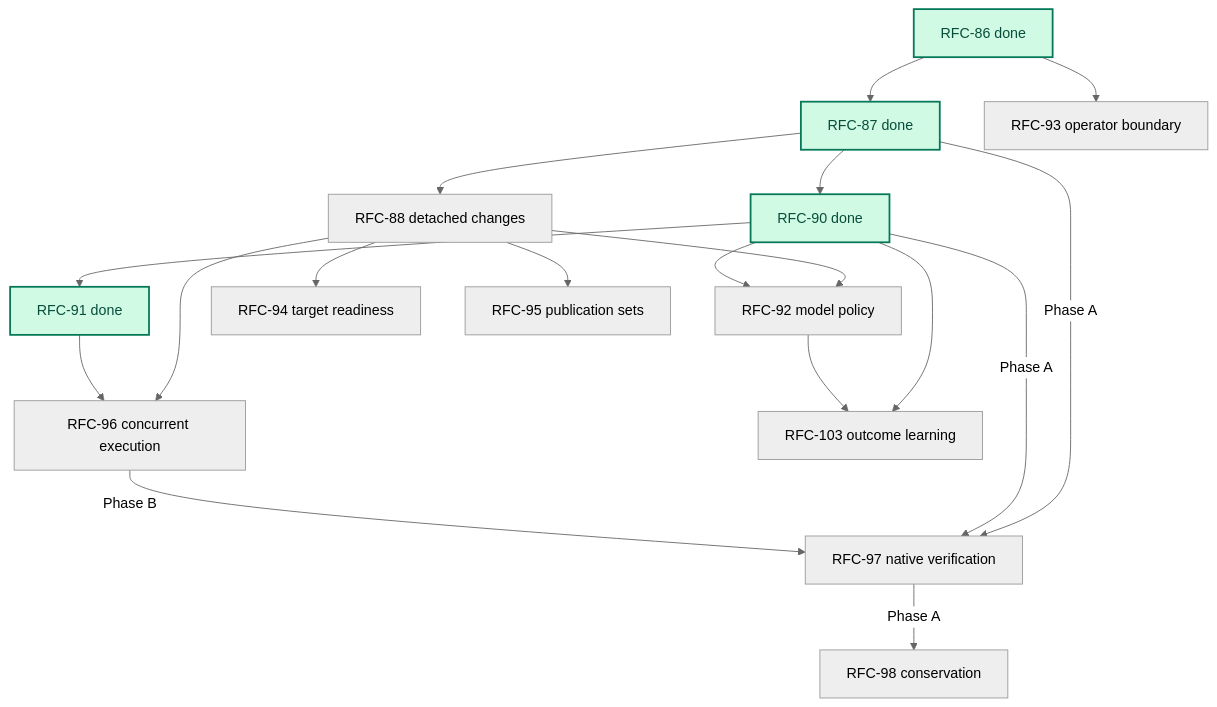
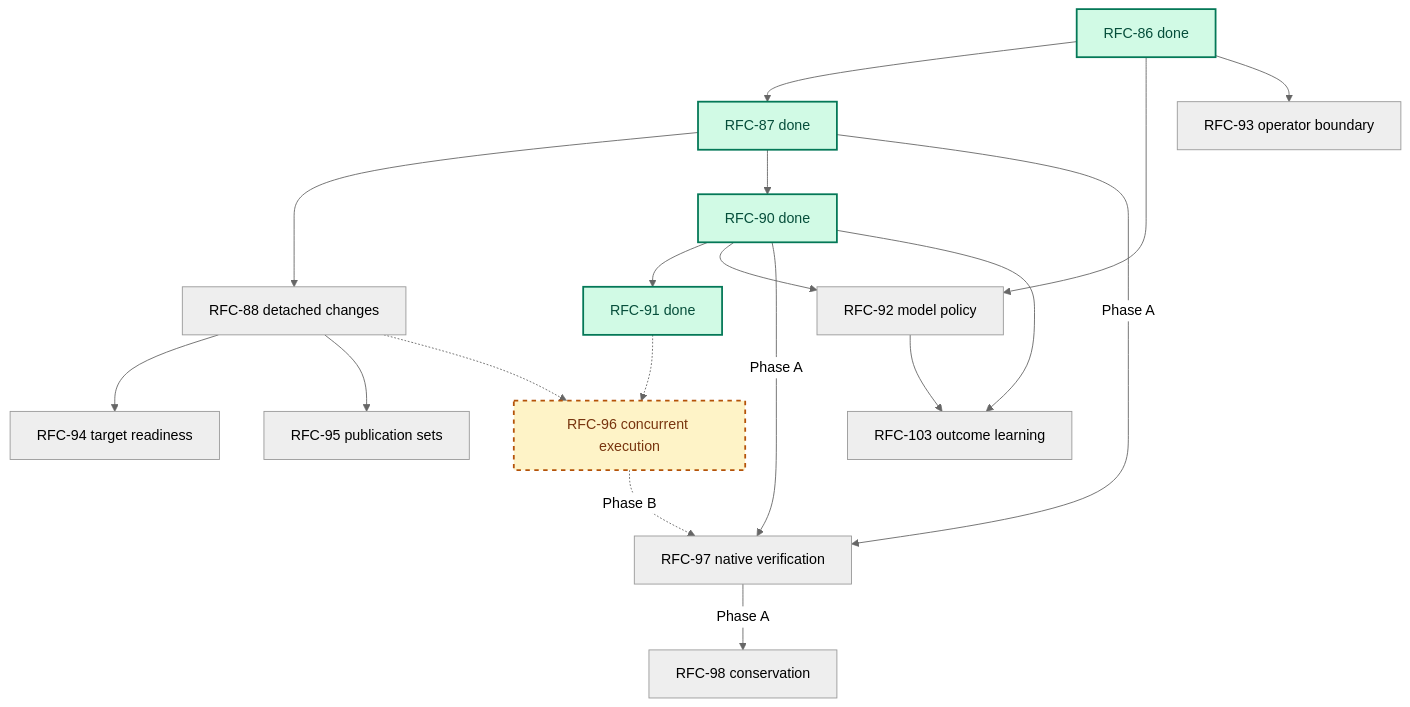
One commit to augentic/anvil changed the diagram in rfcs/platform.md. Above: the diagram before and after it, drawn with Mermaid (neutral theme). The commit also changed other lines of this file and 10 other files, not shown here.

````diff
--- a/rfcs/platform.md
+++ b/rfcs/platform.md
@@ -38,23 +39,25 @@
 ```mermaid
 flowchart TD
     R86[RFC-86 done] --> R87[RFC-87 done]
+    R86 --> R92[RFC-92 model policy]
     R86 --> R93[RFC-93 operator boundary]
     R87 --> R88[RFC-88 detached changes]
     R87 --> R90[RFC-90 done]
     R90 --> R91[RFC-91 done]
+    R90 --> R92
     R87 -->|Phase A| R97[RFC-97 native verification]
     R90 -->|Phase A| R97
-    R88 --> R92[RFC-92 model policy]
-    R90 --> R92
     R88 --> R94[RFC-94 target readiness]
     R88 --> R95[RFC-95 publication sets]
-    R88 --> R96[RFC-96 concurrent execution]
-    R91 --> R96
-    R96 -->|Phase B| R97
+    R88 -.-> R96[RFC-96 concurrent execution]
+    R91 -.-> R96
+    R96 -.->|Phase B| R97
     R97 -->|Phase A| R98[RFC-98 conservation]
     R90 --> R103[RFC-103 outcome learning]
     R92 --> R103
 
     classDef done fill:#d1fae5,stroke:#047857,color:#064e3b,stroke-width:2px
+    classDef gated fill:#fef3c7,stroke:#b45309,color:#78350f,stroke-width:2px,stroke-dasharray: 5 5
     class R86,R87,R90,R91 done
+    class R96 gated
 ```
````
